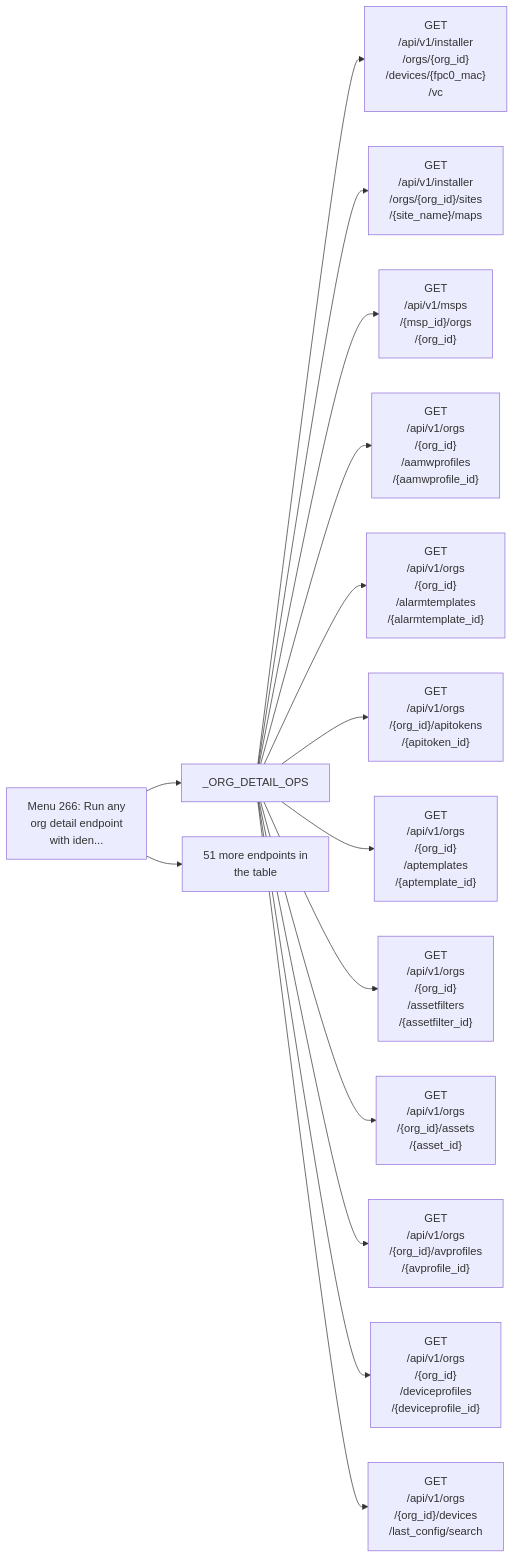
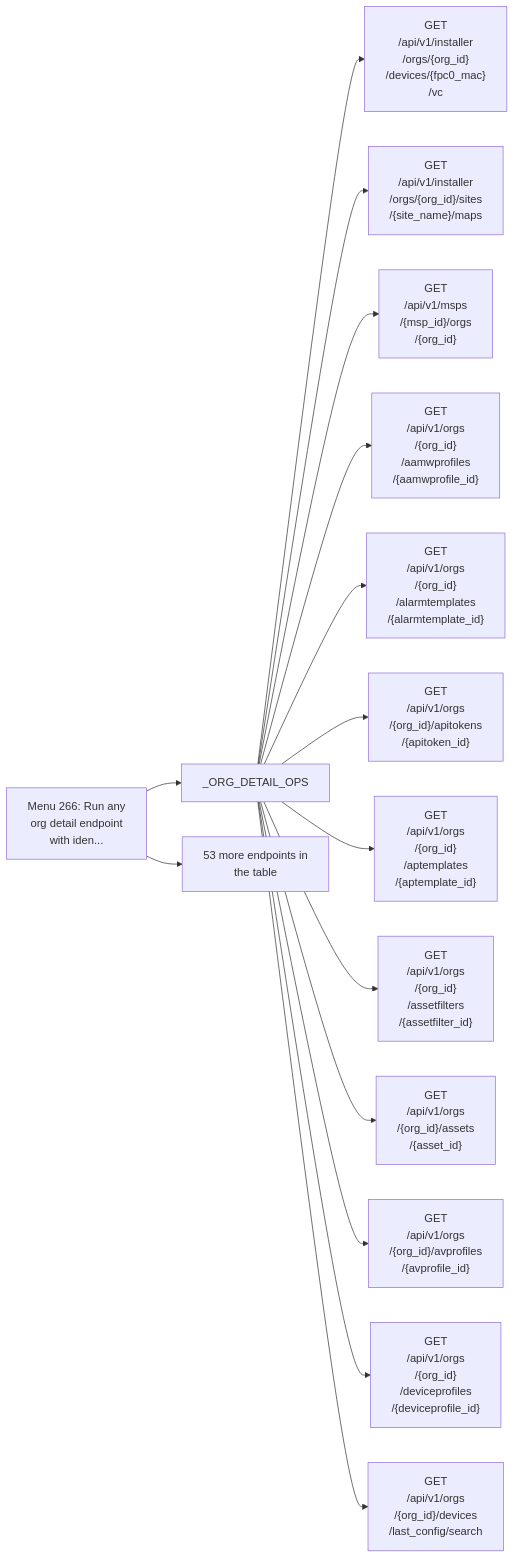
Before and after one commit to jmorrison-juniper/MistHelper: diagram 23 of 26 in documentation/menu-api/interactive-safe.md, drawn with Mermaid. The commit also changed other lines of this file and 22 other files, not shown here.

````diff
--- a/documentation/menu-api/interactive-safe.md
+++ b/documentation/menu-api/interactive-safe.md
@@ -1678,18 +1685,18 @@
 ```mermaid
 flowchart LR
     menu["Menu 266: Run any<br/>org detail endpoint<br/>with iden..."]
     menu --> c1["_ORG_DETAIL_OPS"]
     c1 --> e1["GET<br/>/api/v1/installer<br/>/orgs/{org_id}<br/>/devices/{fpc0_mac}<br/>/vc"]
     c1 --> e2["GET<br/>/api/v1/installer<br/>/orgs/{org_id}/sites<br/>/{site_name}/maps"]
     c1 --> e3["GET<br/>/api/v1/msps<br/>/{msp_id}/orgs<br/>/{org_id}"]
     c1 --> e4["GET<br/>/api/v1/orgs<br/>/{org_id}<br/>/aamwprofiles<br/>/{aamwprofile_id}"]
     c1 --> e5["GET<br/>/api/v1/orgs<br/>/{org_id}<br/>/alarmtemplates<br/>/{alarmtemplate_id}"]
     c1 --> e6["GET<br/>/api/v1/orgs<br/>/{org_id}/apitokens<br/>/{apitoken_id}"]
     c1 --> e7["GET<br/>/api/v1/orgs<br/>/{org_id}<br/>/aptemplates<br/>/{aptemplate_id}"]
     c1 --> e8["GET<br/>/api/v1/orgs<br/>/{org_id}<br/>/assetfilters<br/>/{assetfilter_id}"]
     c1 --> e9["GET<br/>/api/v1/orgs<br/>/{org_id}/assets<br/>/{asset_id}"]
     c1 --> e10["GET<br/>/api/v1/orgs<br/>/{org_id}/avprofiles<br/>/{avprofile_id}"]
     c1 --> e11["GET<br/>/api/v1/orgs<br/>/{org_id}<br/>/deviceprofiles<br/>/{deviceprofile_id}"]
     c1 --> e12["GET<br/>/api/v1/orgs<br/>/{org_id}/devices<br/>/last_config/search"]
-    menu --> more["51 more endpoints in<br/>the table"]
+    menu --> more["53 more endpoints in<br/>the table"]
 ```
````
